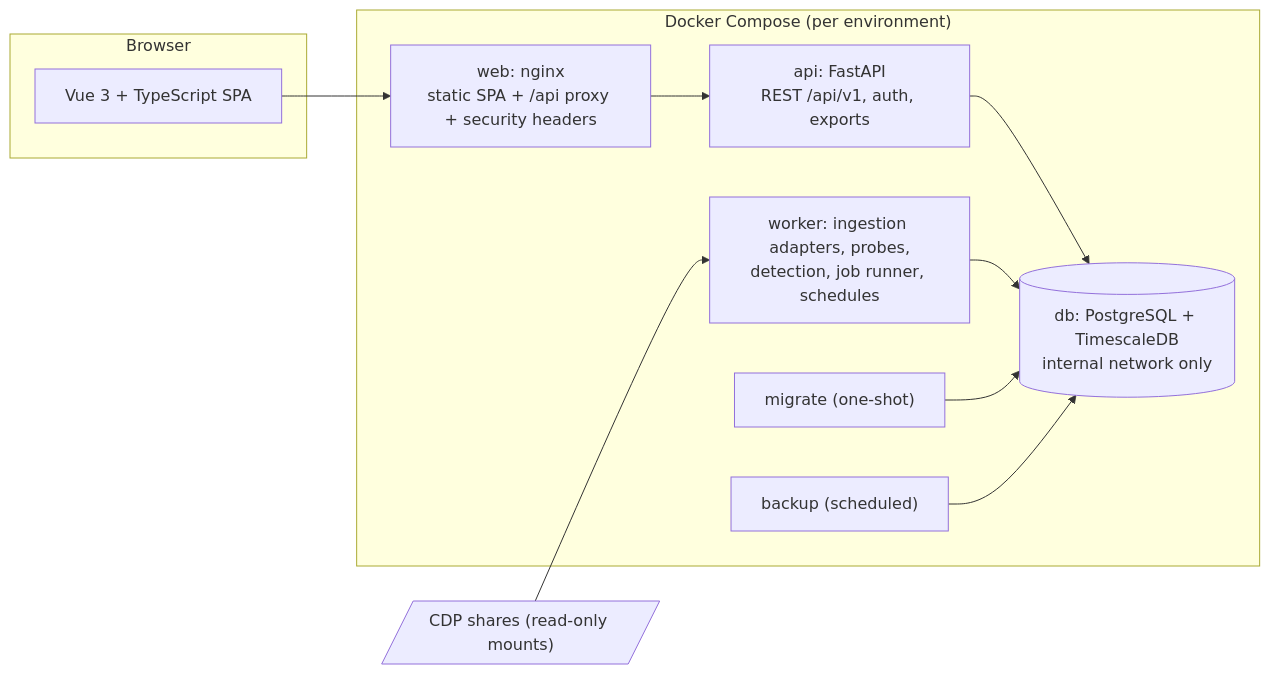
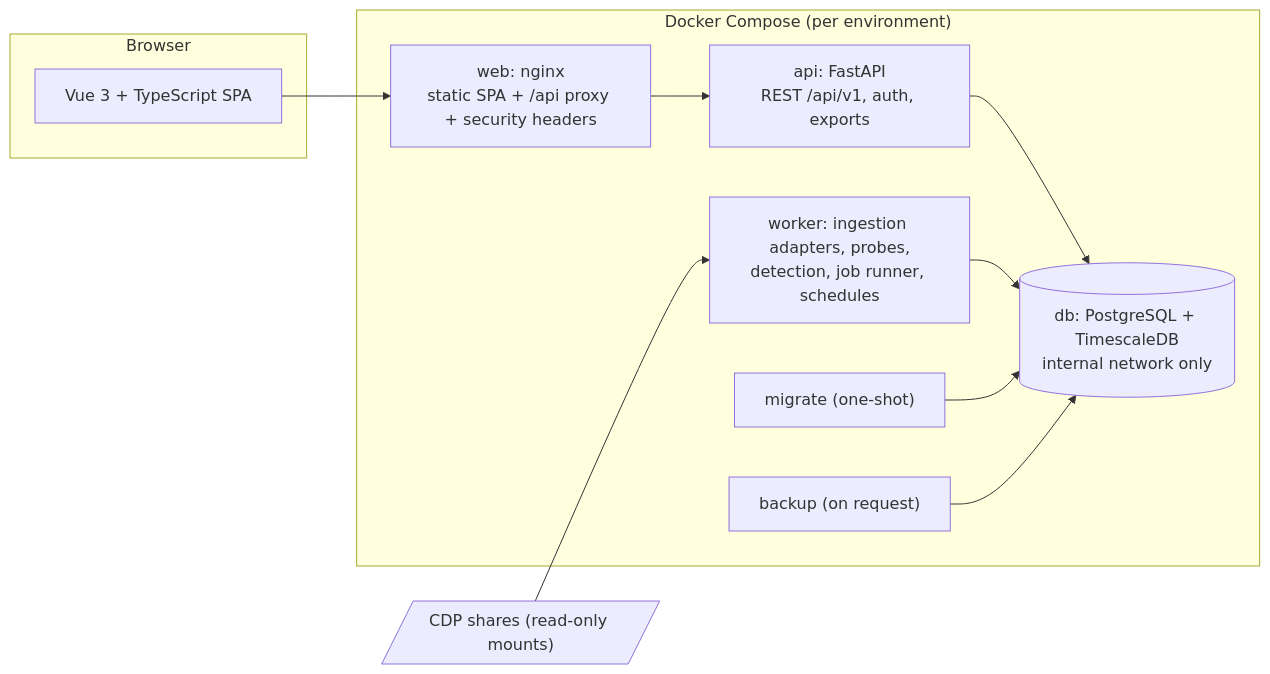
The sixth of 7 diagrams in PRD.md (HanifHilmi/sistem-monitoring-aloptama), drawn with Mermaid before and after one commit. The commit also changed other lines of this file and 2 other files, not shown here.

First line of the commit message:
docs(prd): v1.8, backups on request in the requirements

````diff
--- a/PRD.md
+++ b/PRD.md
@@ -1310,20 +1311,20 @@
 ```mermaid
 flowchart LR
   subgraph Browser
     SPA["Vue 3 + TypeScript SPA"]
   end
   subgraph Compose["Docker Compose (per environment)"]
     WEB["web: nginx\nstatic SPA + /api proxy + security headers"]
     API["api: FastAPI\nREST /api/v1, auth, exports"]
     WRK["worker: ingestion adapters, probes,\ndetection, job runner, schedules"]
     MIG["migrate (one-shot)"]
-    BAK["backup (scheduled)"]
+    BAK["backup (on request)"]
     DB[("db: PostgreSQL + TimescaleDB\ninternal network only")]
   end
   SHARES[/"CDP shares (read-only mounts)"/]
   SPA --> WEB --> API --> DB
   WRK --> DB
   MIG --> DB
   BAK --> DB
   SHARES --> WRK
 ```
````
